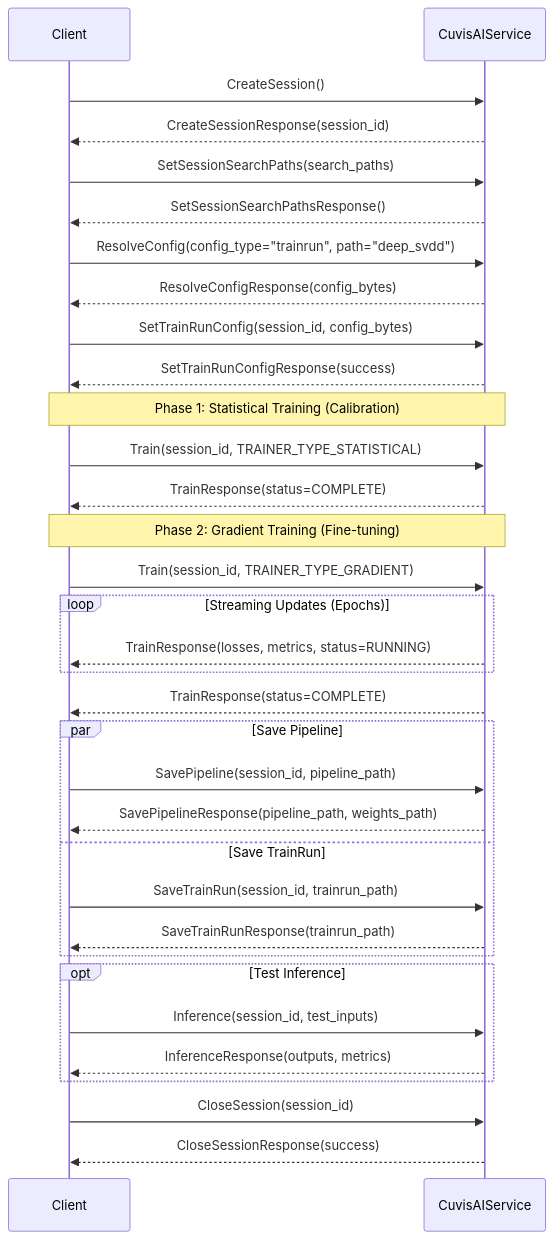
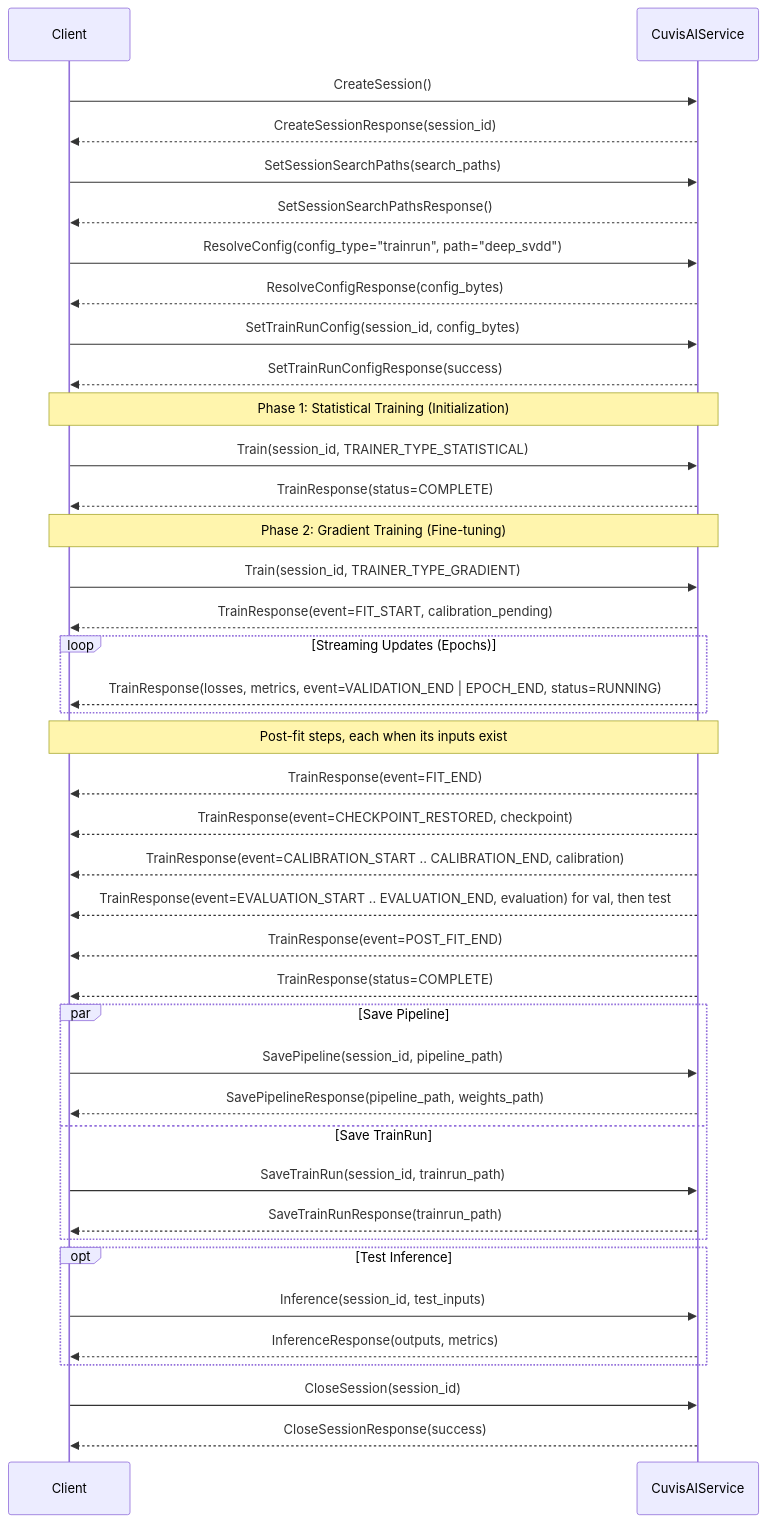
The second of 7 diagrams in docs/deployment/sequence-diagrams.md (cubert-hyperspectral/cuvis-ai), drawn with Mermaid before and after one commit. The commit also changed other lines of this file and 4 other files, not shown here.

First line of the commit message:
docs: the post-fit lifecycle and the typed events of the Train stream

````diff
--- a/docs/deployment/sequence-diagrams.md
+++ b/docs/deployment/sequence-diagrams.md
@@ -85,45 +85,53 @@
 ```mermaid
 sequenceDiagram
   participant Client
   participant CuvisAIService
 
   Client->>CuvisAIService: CreateSession()
   CuvisAIService-->>Client: CreateSessionResponse(session_id)
 
   Client->>CuvisAIService: SetSessionSearchPaths(search_paths)
   CuvisAIService-->>Client: SetSessionSearchPathsResponse()
 
   Client->>CuvisAIService: ResolveConfig(config_type="trainrun", path="deep_svdd")
   CuvisAIService-->>Client: ResolveConfigResponse(config_bytes)
 
   Client->>CuvisAIService: SetTrainRunConfig(session_id, config_bytes)
   CuvisAIService-->>Client: SetTrainRunConfigResponse(success)
 
-  Note over Client,CuvisAIService: Phase 1: Statistical Training (Calibration)
+  Note over Client,CuvisAIService: Phase 1: Statistical Training (Initialization)
   Client->>CuvisAIService: Train(session_id, TRAINER_TYPE_STATISTICAL)
   CuvisAIService-->>Client: TrainResponse(status=COMPLETE)
 
   Note over Client,CuvisAIService: Phase 2: Gradient Training (Fine-tuning)
   Client->>CuvisAIService: Train(session_id, TRAINER_TYPE_GRADIENT)
+  CuvisAIService-->>Client: TrainResponse(event=FIT_START, calibration_pending)
 
   loop Streaming Updates (Epochs)
-    CuvisAIService-->>Client: TrainResponse(losses, metrics, status=RUNNING)
+    CuvisAIService-->>Client: TrainResponse(losses, metrics, event=VALIDATION_END | EPOCH_END, status=RUNNING)
   end
+
+  Note over Client,CuvisAIService: Post-fit steps, each when its inputs exist
+  CuvisAIService-->>Client: TrainResponse(event=FIT_END)
+  CuvisAIService-->>Client: TrainResponse(event=CHECKPOINT_RESTORED, checkpoint)
+  CuvisAIService-->>Client: TrainResponse(event=CALIBRATION_START .. CALIBRATION_END, calibration)
+  CuvisAIService-->>Client: TrainResponse(event=EVALUATION_START .. EVALUATION_END, evaluation) for val, then test
+  CuvisAIService-->>Client: TrainResponse(event=POST_FIT_END)
   CuvisAIService-->>Client: TrainResponse(status=COMPLETE)
 
   par Save Pipeline
     Client->>CuvisAIService: SavePipeline(session_id, pipeline_path)
     CuvisAIService-->>Client: SavePipelineResponse(pipeline_path, weights_path)
   and Save TrainRun
     Client->>CuvisAIService: SaveTrainRun(session_id, trainrun_path)
     CuvisAIService-->>Client: SaveTrainRunResponse(trainrun_path)
   end
 
   opt Test Inference
     Client->>CuvisAIService: Inference(session_id, test_inputs)
     CuvisAIService-->>Client: InferenceResponse(outputs, metrics)
   end
 
   Client->>CuvisAIService: CloseSession(session_id)
   CuvisAIService-->>Client: CloseSessionResponse(success)
 ```
````
